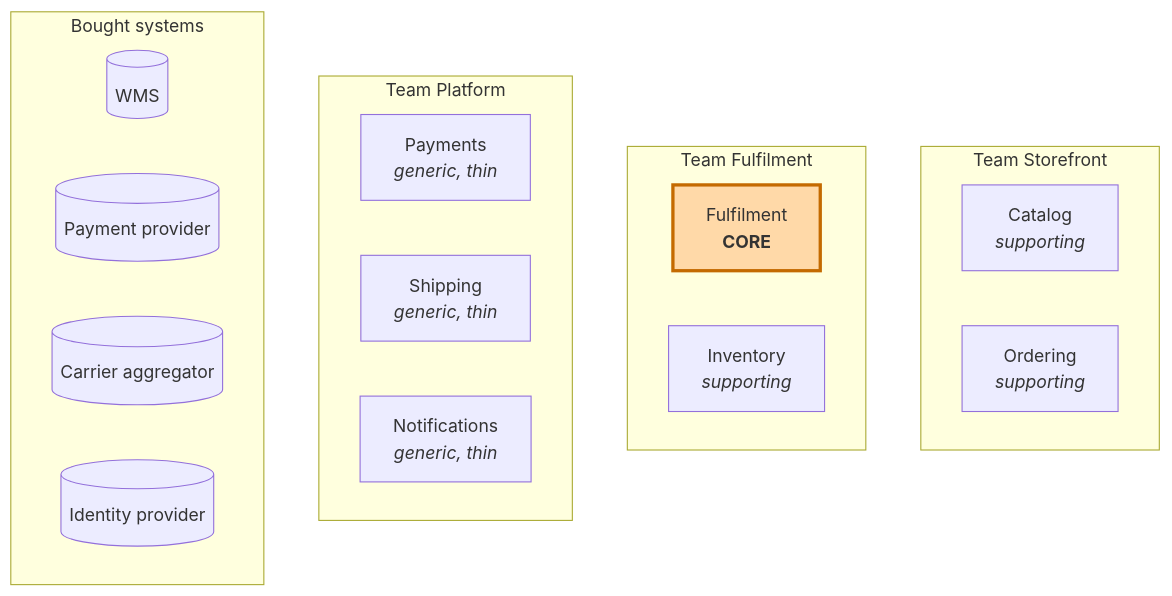
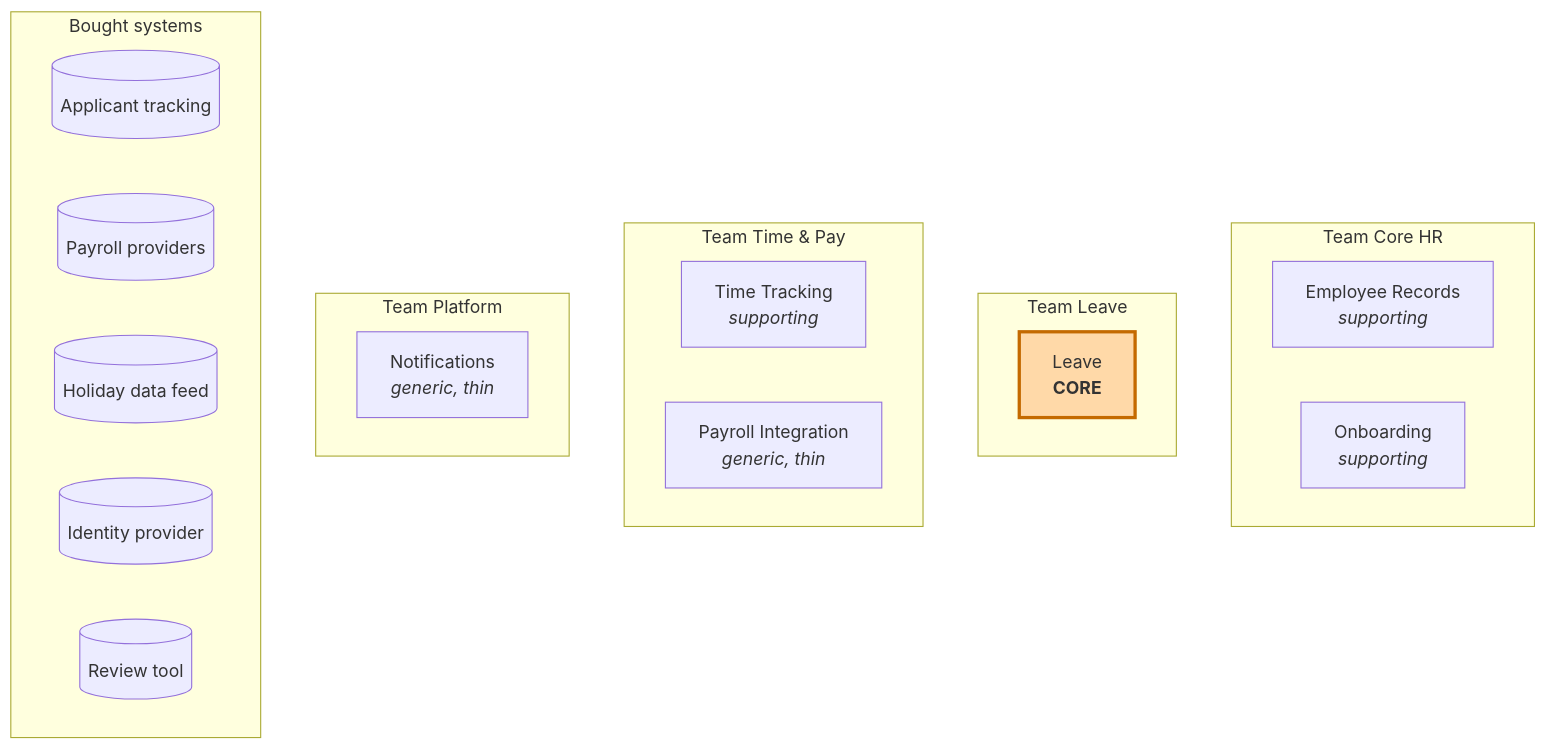
The diagram in docs/strategic-design/03-bounded-contexts.md (detafti/spring-ddd), drawn with Mermaid before and after one commit. The commit also changed other lines of this file and 8 other files, not shown here.

````diff
--- a/docs/strategic-design/03-bounded-contexts.md
+++ b/docs/strategic-design/03-bounded-contexts.md
@@ -20,27 +21,30 @@
 ```mermaid
 flowchart TB
-    subgraph Storefront["Team Storefront"]
+    subgraph CoreHR["Team Core HR"]
         direction LR
-        CAT["Catalog<br/><i>supporting</i>"]
-        ORD["Ordering<br/><i>supporting</i>"]
+        EMP["Employee Records<br/><i>supporting</i>"]
+        ONB["Onboarding<br/><i>supporting</i>"]
     end
-    subgraph FulfilmentTeam["Team Fulfilment"]
+    subgraph LeaveTeam["Team Leave"]
         direction LR
-        FUL["Fulfilment<br/><b>CORE</b>"]
-        INV["Inventory<br/><i>supporting</i>"]
+        LEA["Leave<br/><b>CORE</b>"]
+    end
+    subgraph TimePay["Team Time & Pay"]
+        direction LR
+        TIM["Time Tracking<br/><i>supporting</i>"]
+        PAY["Payroll Integration<br/><i>generic, thin</i>"]
     end
     subgraph Platform["Team Platform"]
         direction LR
-        PAY["Payments<br/><i>generic, thin</i>"]
-        SHP["Shipping<br/><i>generic, thin</i>"]
         NOT["Notifications<br/><i>generic, thin</i>"]
     end
     subgraph External["Bought systems"]
         direction LR
-        WMS[("WMS")]
-        PSP[("Payment provider")]
-        CARR[("Carrier aggregator")]
+        ATS[("Applicant tracking")]
+        PRV[("Payroll providers")]
+        HOL[("Holiday data feed")]
         IDP[("Identity provider")]
+        REV[("Review tool")]
     end
-    style FUL fill:#ffd9a8,stroke:#c46a00,stroke-width:3px
+    style LEA fill:#ffd9a8,stroke:#c46a00,stroke-width:3px
 ```
````
